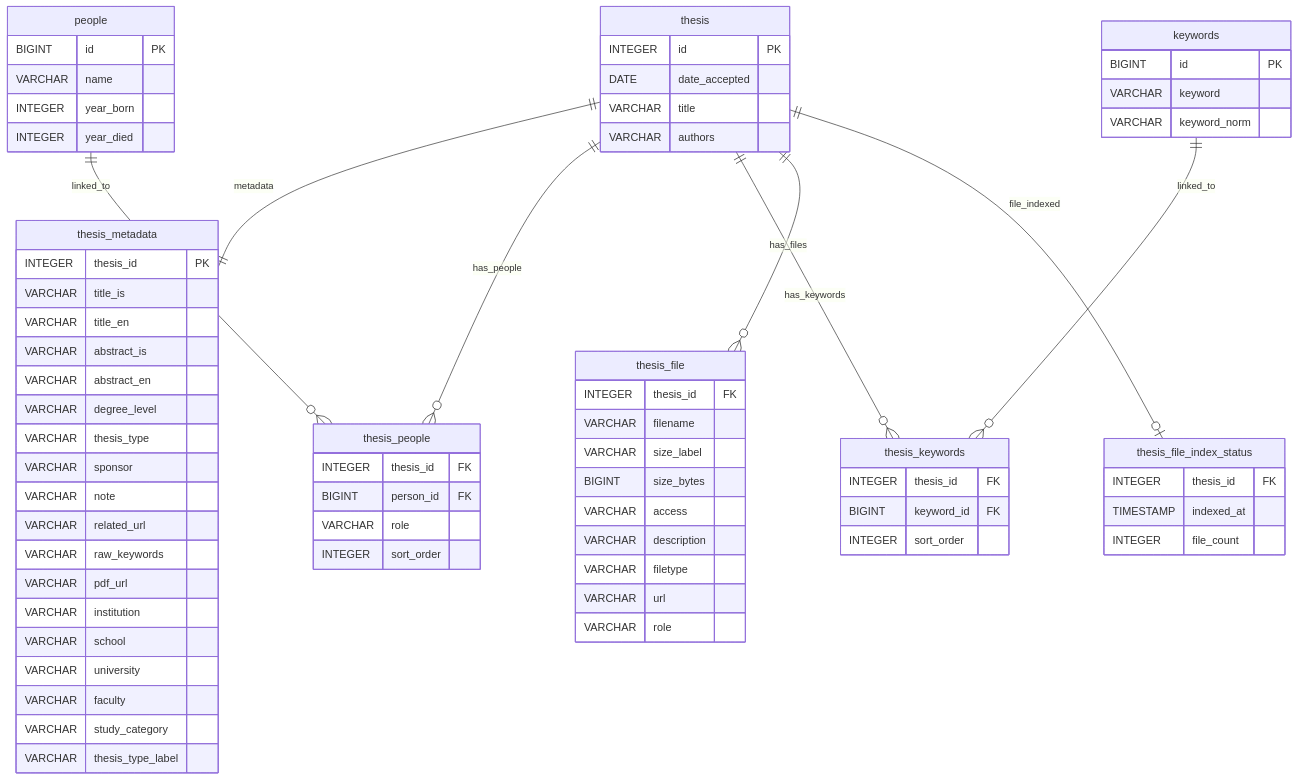
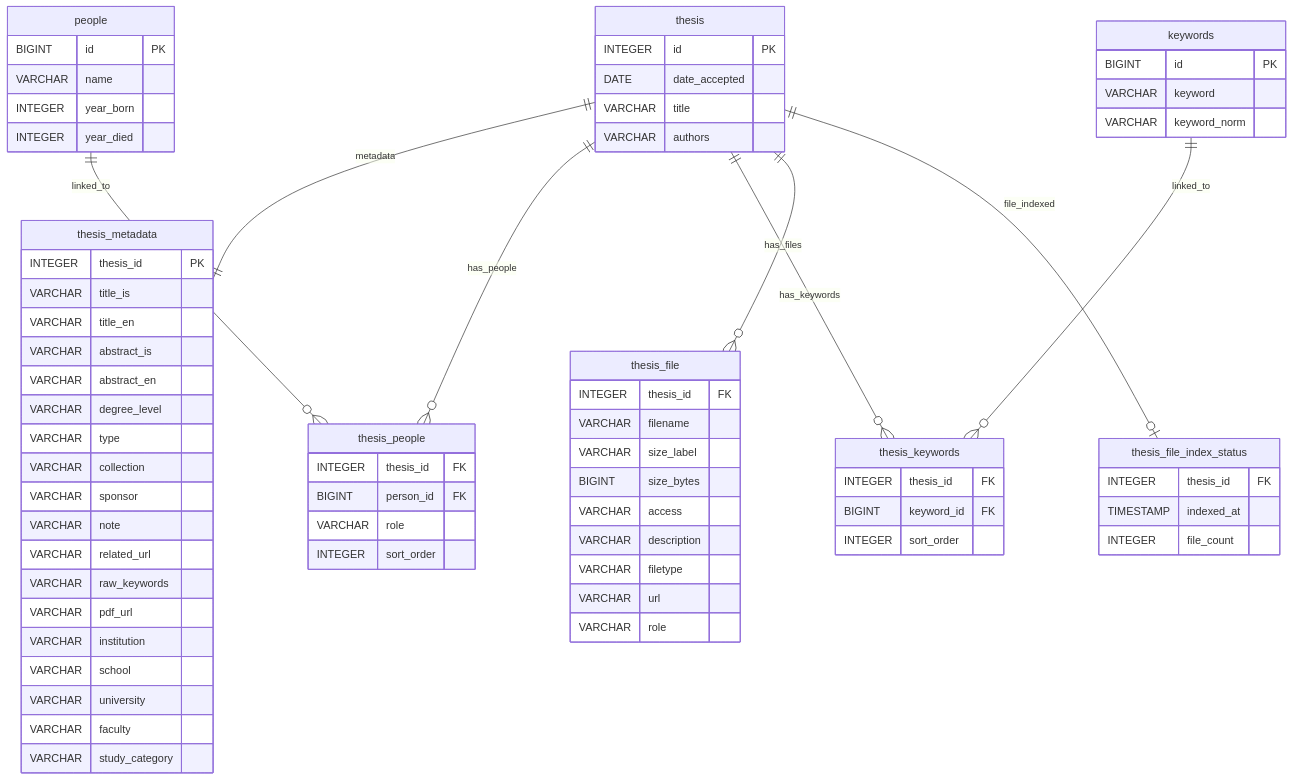
One commit to HI-IDN/skemman-msc changed the diagram in docs/schema.qmd. Above: the diagram before and after it, drawn with Mermaid. The commit also changed other lines of this file and 22 other files, not shown here.

````diff
--- a/docs/schema.qmd
+++ b/docs/schema.qmd
@@ -66,75 +67,75 @@
 ```{mermaid}
 erDiagram
     thesis ||--|| thesis_metadata : metadata
     thesis ||--o{ thesis_people : has_people
     people ||--o{ thesis_people : linked_to
     thesis ||--o{ thesis_keywords : has_keywords
     keywords ||--o{ thesis_keywords : linked_to
     thesis ||--o{ thesis_file : has_files
     thesis ||--o| thesis_file_index_status : file_indexed
 
     thesis {
         INTEGER id PK
         DATE date_accepted
         VARCHAR title
         VARCHAR authors
     }
     thesis_metadata {
         INTEGER thesis_id PK
         VARCHAR title_is
         VARCHAR title_en
         VARCHAR abstract_is
         VARCHAR abstract_en
         VARCHAR degree_level
-        VARCHAR thesis_type
+        VARCHAR type
+        VARCHAR collection
         VARCHAR sponsor
         VARCHAR note
         VARCHAR related_url
         VARCHAR raw_keywords
         VARCHAR pdf_url
         VARCHAR institution
         VARCHAR school
         VARCHAR university
         VARCHAR faculty
         VARCHAR study_category
-        VARCHAR thesis_type_label
     }
     people {
         BIGINT id PK
         VARCHAR name
         INTEGER year_born
         INTEGER year_died
     }
     thesis_people {
         INTEGER thesis_id FK
         BIGINT person_id FK
         VARCHAR role
         INTEGER sort_order
     }
     keywords {
         BIGINT id PK
         VARCHAR keyword
         VARCHAR keyword_norm
     }
     thesis_keywords {
         INTEGER thesis_id FK
         BIGINT keyword_id FK
         INTEGER sort_order
     }
     thesis_file {
         INTEGER thesis_id FK
         VARCHAR filename
         VARCHAR size_label
         BIGINT size_bytes
         VARCHAR access
         VARCHAR description
         VARCHAR filetype
         VARCHAR url
         VARCHAR role
     }
     thesis_file_index_status {
         INTEGER thesis_id FK
         TIMESTAMP indexed_at
         INTEGER file_count
     }
 ```
````
